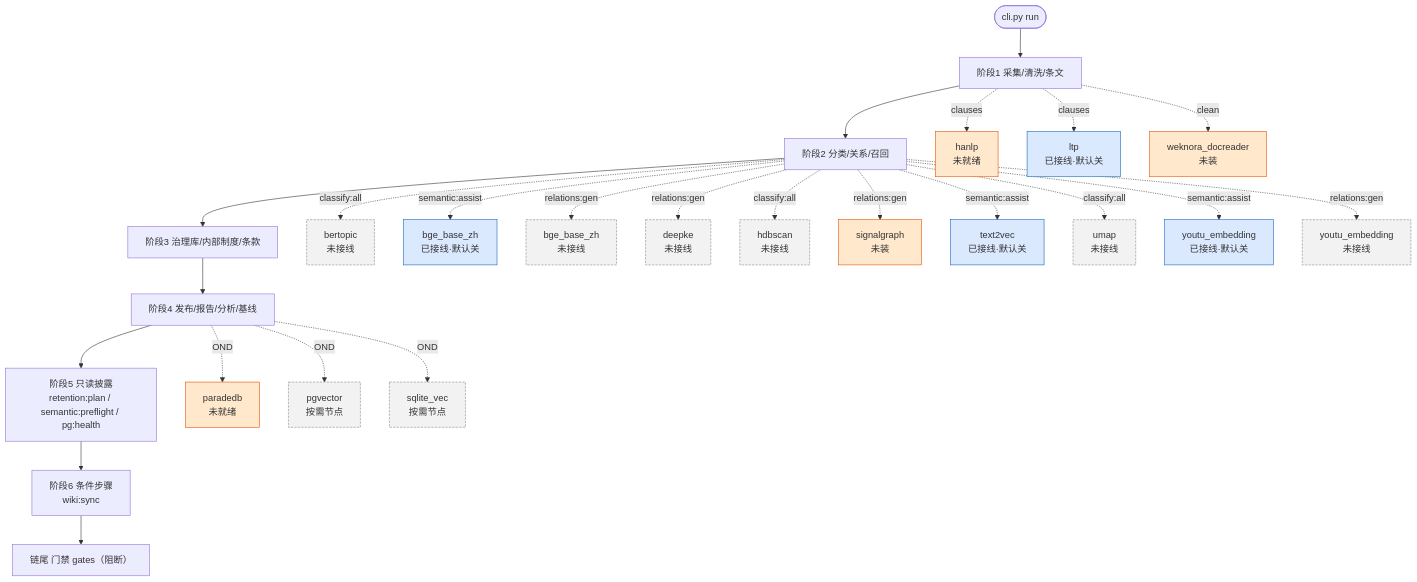
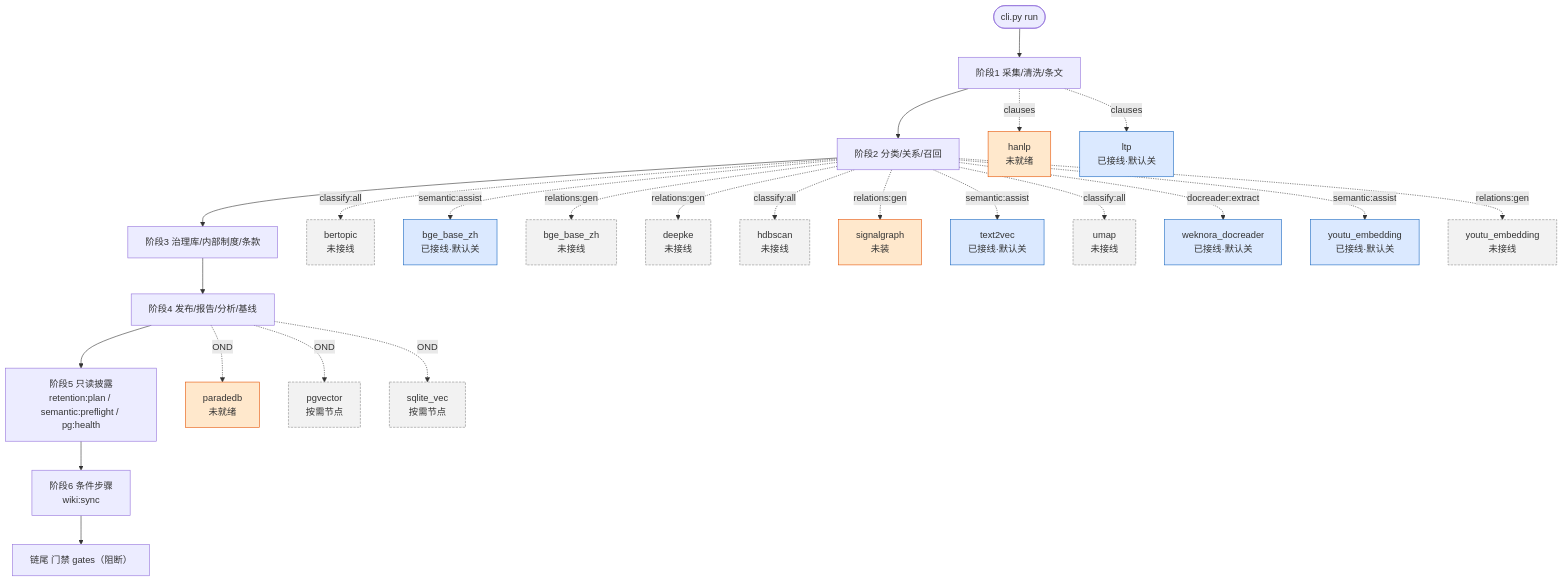
The third of 3 diagrams in README.md (wangtierui/orchestrator), drawn with Mermaid before and after one commit. The commit also changed other lines of this file and 11 other files, not shown here.

````diff
--- a/README.md
+++ b/README.md
@@ -403,37 +403,37 @@
 ```mermaid
 flowchart TD
   S(["cli.py run"]) --> A["阶段1 采集/清洗/条文"]
   A --> B["阶段2 分类/关系/召回"]
   B --> C["阶段3 治理库/内部制度/条款"]
   C --> D["阶段4 发布/报告/分析/基线"]
   D --> E["阶段5 只读披露<br/>retention:plan / semantic:preflight / pg:health"]
   E --> F["阶段6 条件步骤<br/>wiki:sync"]
   F --> G["链尾 门禁 gates（阻断）"]
 
   B -.->|"classify:all"| M_bertopic["bertopic<br/>未接线"]
   B -.->|"semantic:assist"| M_bge_base_zh["bge_base_zh<br/>已接线·默认关"]
   B -.->|"relations:gen"| M_bge_base_zh_relations["bge_base_zh<br/>未接线"]
   B -.->|"relations:gen"| M_deepke["deepke<br/>未接线"]
   A -.->|"clauses"| M_hanlp["hanlp<br/>未就绪"]
   B -.->|"classify:all"| M_hdbscan["hdbscan<br/>未接线"]
   A -.->|"clauses"| M_ltp["ltp<br/>已接线·默认关"]
   D -.->|"OND"| M_paradedb["paradedb<br/>未就绪"]
   D -.->|"OND"| M_pgvector["pgvector<br/>按需节点"]
   B -.->|"relations:gen"| M_signalgraph["signalgraph<br/>未装"]
   D -.->|"OND"| M_sqlite_vec["sqlite_vec<br/>按需节点"]
   B -.->|"semantic:assist"| M_text2vec["text2vec<br/>已接线·默认关"]
   B -.->|"classify:all"| M_umap["umap<br/>未接线"]
-  A -.->|"clean"| M_weknora_docreader["weknora_docreader<br/>未装"]
+  B -.->|"docreader:extract"| M_weknora_docreader["weknora_docreader<br/>已接线·默认关"]
   B -.->|"semantic:assist"| M_youtu_embedding["youtu_embedding<br/>已接线·默认关"]
   B -.->|"relations:gen"| M_youtu_embedding_relations["youtu_embedding<br/>未接线"]
 
   classDef on fill:#d7f2df,stroke:#2e7d32,stroke-width:1px
   classDef gated fill:#dbe9ff,stroke:#1565c0,stroke-width:1px
   classDef off fill:#f2f2f2,stroke:#8a8a8a,stroke-dasharray:4 2
   classDef notready fill:#ffe8cc,stroke:#e65100,stroke-width:1px
-  class M_bge_base_zh,M_ltp,M_text2vec,M_youtu_embedding gated
+  class M_bge_base_zh,M_ltp,M_text2vec,M_weknora_docreader,M_youtu_embedding gated
   class M_bertopic,M_bge_base_zh_relations,M_deepke,M_hdbscan,M_umap,M_youtu_embedding_relations off
   class M_pgvector,M_sqlite_vec off
   class M_hanlp,M_paradedb notready
-  class M_signalgraph,M_weknora_docreader notready
+  class M_signalgraph notready
 ```
````
